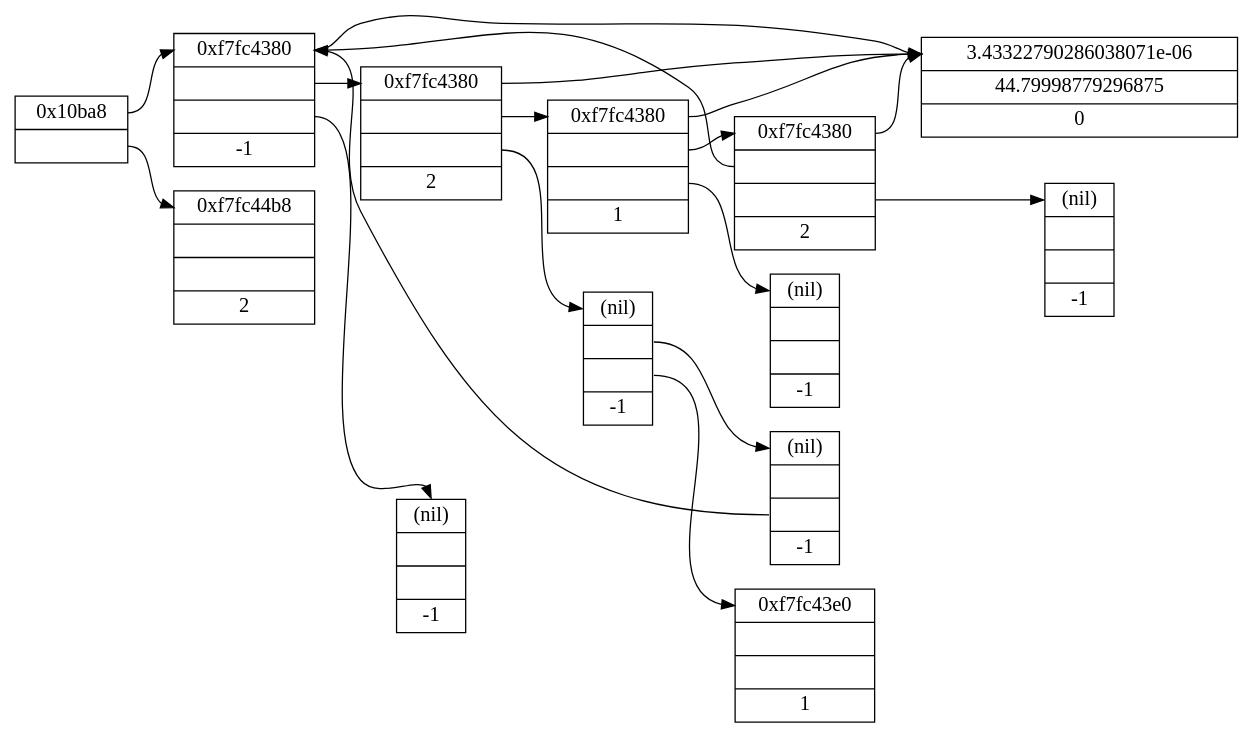
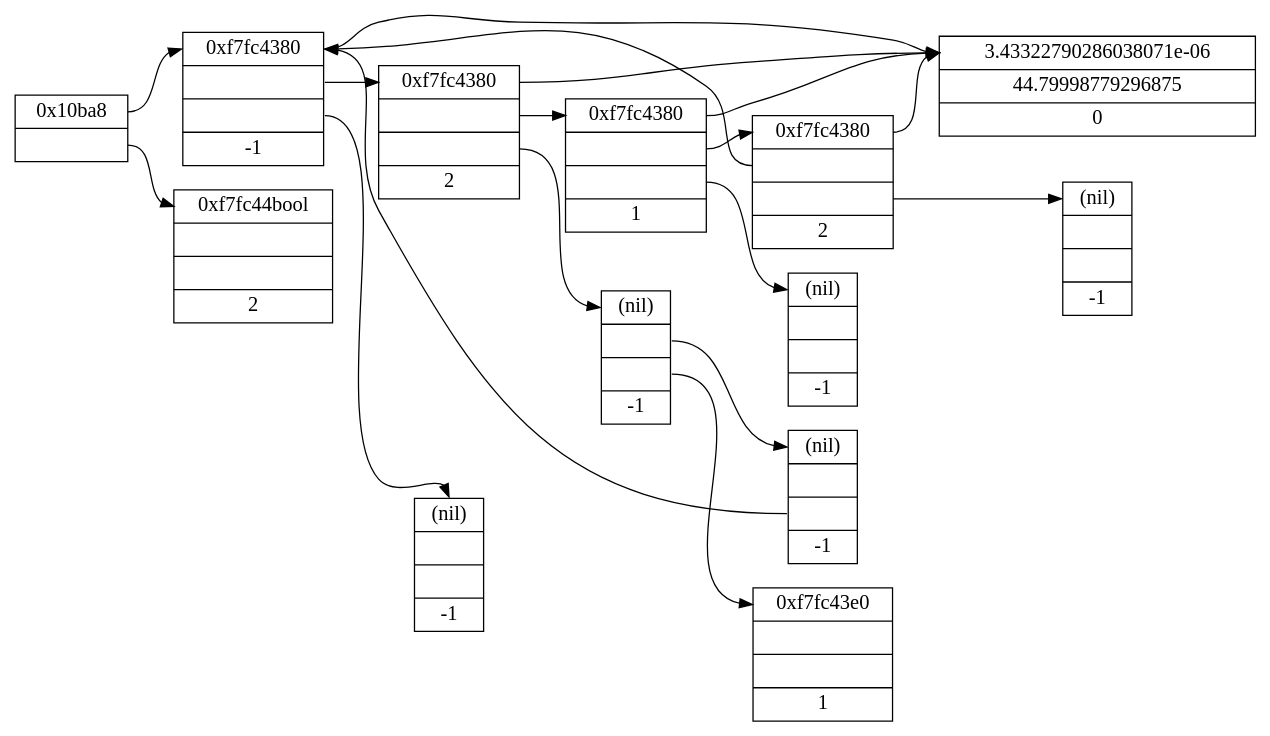
The diagram in source/Graphviz-13.1.0-win64/share/graphviz/graphs/directed/triedds.gv (DeepQuantum/dconstruct), drawn with Graphviz before and after one commit. The commit also changed 58 other files, not shown here.

```diff
--- a/source/Graphviz-13.1.0-win64/share/graphviz/graphs/directed/triedds.gv
+++ b/source/Graphviz-13.1.0-win64/share/graphviz/graphs/directed/triedds.gv
@@ -1,114 +1,114 @@
 digraph g {
 graph [
 rankdir = "LR"
 ];
 node [
 fontsize = "16"
 shape = "ellipse"
 ];
 edge [
 ];
 "node0" [
 label = "<f0> 0x10ba8| <f1>"
 shape = "record"
 ];
 "node1" [
 label = "<f0> 0xf7fc4380| <f1> | <f2> |-1"
 shape = "record"
 ];
 "node2" [
-label = "<f0> 0xf7fc44b8| | |2"
+label = "<f0> 0xf7fc44bool| | |2"
 shape = "record"
 ];
 "node3" [
 label = "<f0> 3.43322790286038071e-06|44.79998779296875|0"
 shape = "record"
 ];
 "node4" [
 label = "<f0> 0xf7fc4380| <f1> | <f2> |2"
 shape = "record"
 ];
 "node5" [
 label = "<f0> (nil)| | |-1"
 shape = "record"
 ];
 "node6" [
 label = "<f0> 0xf7fc4380| <f1> | <f2> |1"
 shape = "record"
 ];
 "node7" [
 label = "<f0> 0xf7fc4380| <f1> | <f2> |2"
 shape = "record"
 ];
 "node8" [
 label = "<f0> (nil)| | |-1"
 shape = "record"
 ];
 "node9" [
 label = "<f0> (nil)| | |-1"
 shape = "record"
 ];
 "node10" [
 label = "<f0> (nil)| <f1> | <f2> |-1"
 shape = "record"
 ];
 "node11" [
 label = "<f0> (nil)| <f1> | <f2> |-1"
 shape = "record"
 ];
 "node12" [
 label = "<f0> 0xf7fc43e0| | |1"
 shape = "record"
 ];
 "node0":f0 -> "node1":f0 [
 id = 0
 ];
 "node0":f1 -> "node2":f0 [
 id = 1
 ];
 "node1":f0 -> "node3":f0 [
 id = 2
 ];
 "node1":f1 -> "node4":f0 [
 id = 3
 ];
 "node1":f2 -> "node5":f0 [
 id = 4
 ];
 "node4":f0 -> "node3":f0 [
 id = 5
 ];
 "node4":f1 -> "node6":f0 [
 id = 6
 ];
 "node4":f2 -> "node10":f0 [
 id = 7
 ];
 "node6":f0 -> "node3":f0 [
 id = 8
 ];
 "node6":f1 -> "node7":f0 [
 id = 9
 ];
 "node6":f2 -> "node9":f0 [
 id = 10
 ];
 "node7":f0 -> "node3":f0 [
 id = 11
 ];
 "node7":f1 -> "node1":f0 [
 id = 12
 ];
 "node7":f2 -> "node8":f0 [
 id = 13
 ];
 "node10":f1 -> "node11":f0 [
 id = 14
 ];
 "node10":f2 -> "node12":f0 [
 id = 15
 ];
 "node11":f2 -> "node1":f0 [
 id = 16
 ];
 }
```
